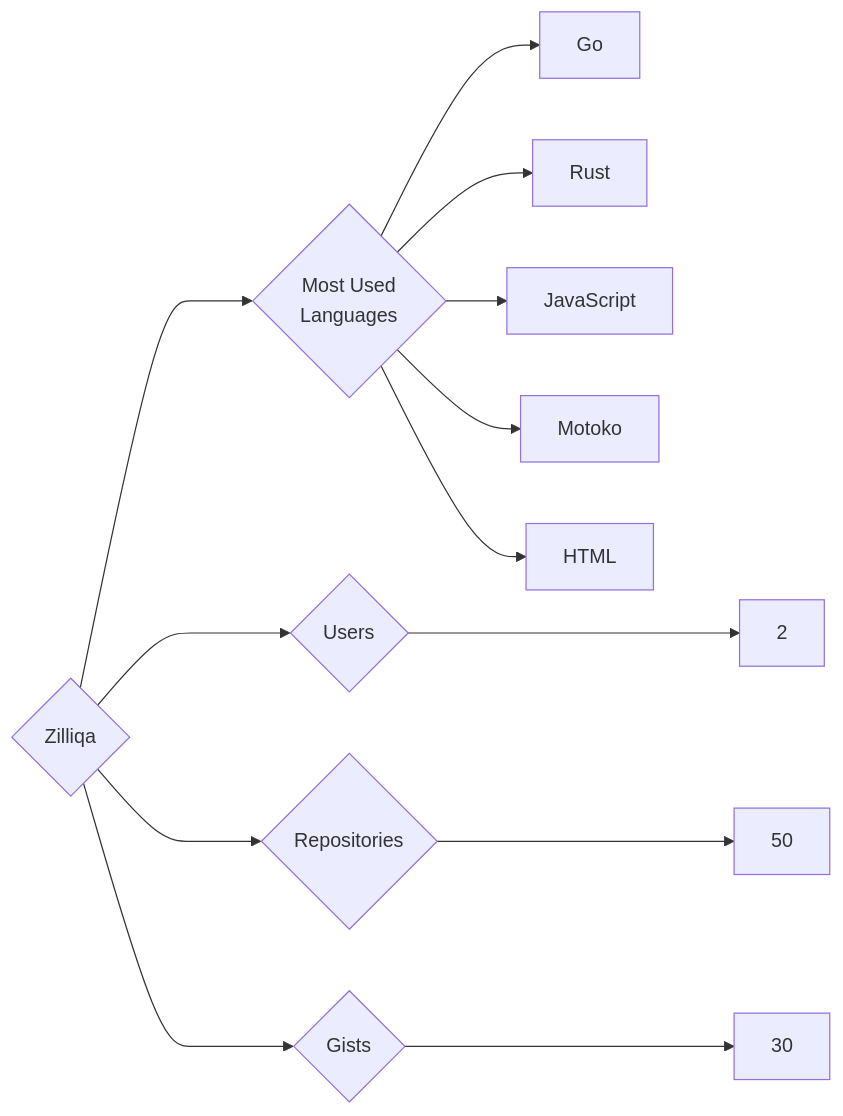
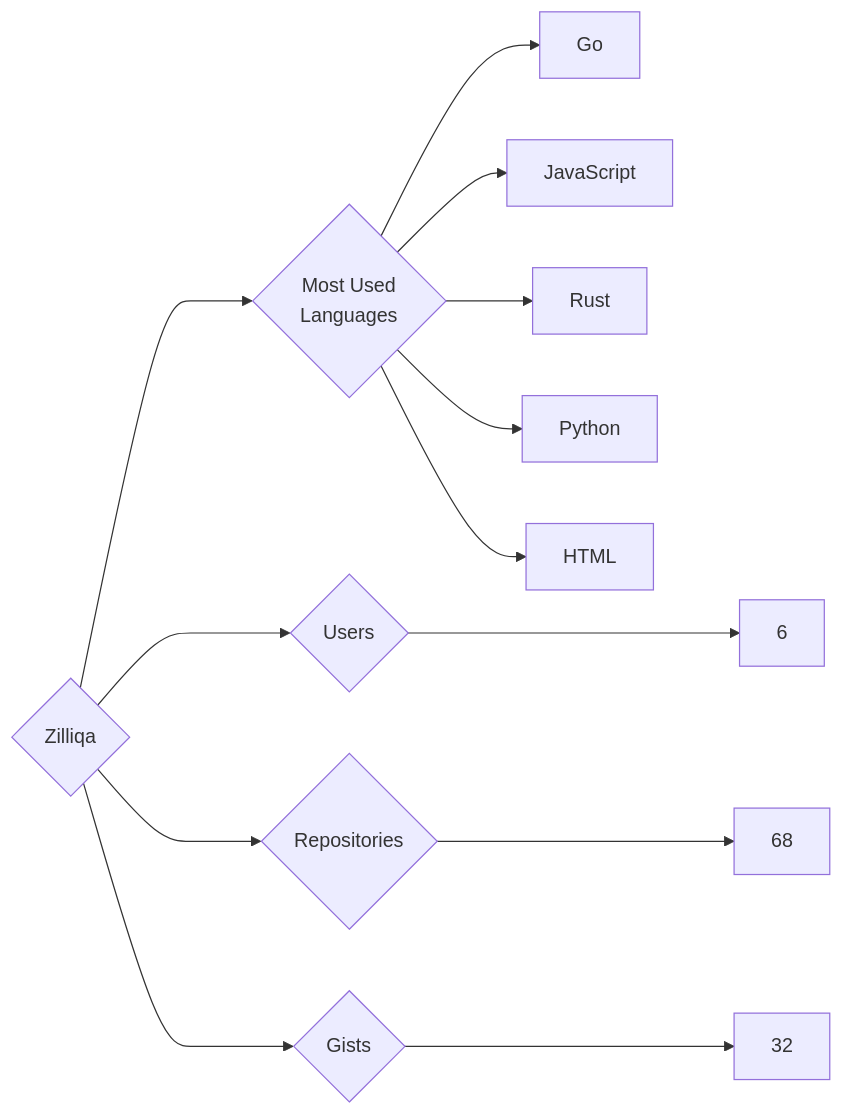
The diagram in targets/Zilliqa/README.md (trickest/insiders), drawn with Mermaid before and after one commit. The commit also changed 829 other files, not shown here.

````diff
--- a/targets/Zilliqa/README.md
+++ b/targets/Zilliqa/README.md
@@ -3,13 +3,13 @@
 ```mermaid
 graph LR
 COMPANY_NAME{Zilliqa}
-COMPANY_NAME ---> U{Users} ---> UN[2]
-COMPANY_NAME ---> R{Repositories} ---> RN[50]
-COMPANY_NAME ---> G{Gists} ---> GN[30]
+COMPANY_NAME ---> U{Users} ---> UN[6]
+COMPANY_NAME ---> R{Repositories} ---> RN[68]
+COMPANY_NAME ---> G{Gists} ---> GN[32]
 COMPANY_NAME ---> ML{Most Used<br>Languages}
 ML --> Go[Go]
+ML --> JavaScript[JavaScript]
 ML --> Rust[Rust]
-ML --> JavaScript[JavaScript]
-ML --> Motoko[Motoko]
+ML --> Python[Python]
 ML --> HTML[HTML]
 ```
````
